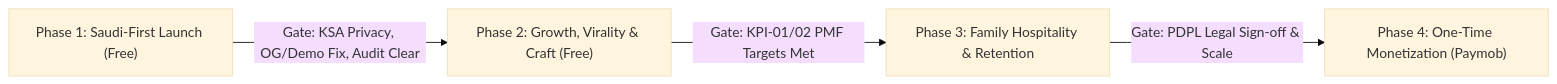
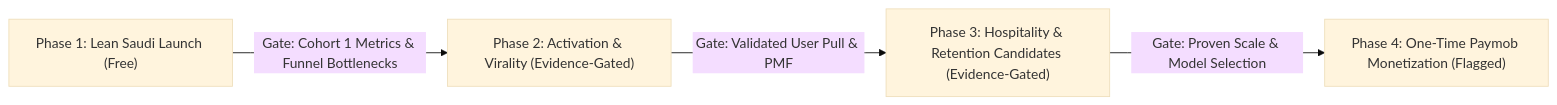
Before and after one commit to mohamedelbalooty/Zaffe: the diagram in docs/product/strategy/ZAFFE_PRODUCT_STRATEGY.md, drawn with Mermaid (base theme). The commit also changed other lines of this file and 3 other files, not shown here.

Commit message:
docs(strategy): refine Phase 1 launch scope, evidence-gated roadmap, and PO Decision Pack DEC-01..DEC-07 (ZAFFE-026)

````diff
--- a/docs/product/strategy/ZAFFE_PRODUCT_STRATEGY.md
+++ b/docs/product/strategy/ZAFFE_PRODUCT_STRATEGY.md
@@ -89,6 +92,6 @@
 ```mermaid
 flowchart LR
-    P1["Phase 1: Saudi-First Launch (Free)"] -->|"Gate: KSA Privacy, OG/Demo Fix, Audit Clear"| P2["Phase 2: Growth, Virality & Craft (Free)"]
-    P2 -->|"Gate: KPI-01/02 PMF Targets Met"| P3["Phase 3: Family Hospitality & Retention"]
-    P3 -->|"Gate: PDPL Legal Sign-off & Scale"| P4["Phase 4: One-Time Monetization (Paymob)"]
+    P1["Phase 1: Lean Saudi Launch (Free)"] -->|"Gate: Cohort 1 Metrics & Funnel Bottlenecks"| P2["Phase 2: Activation & Virality (Evidence-Gated)"]
+    P2 -->|"Gate: Validated User Pull & PMF"| P3["Phase 3: Hospitality & Retention Candidates (Evidence-Gated)"]
+    P3 -->|"Gate: Proven Scale & Model Selection"| P4["Phase 4: One-Time Paymob Monetization (Flagged)"]
 ```
````
